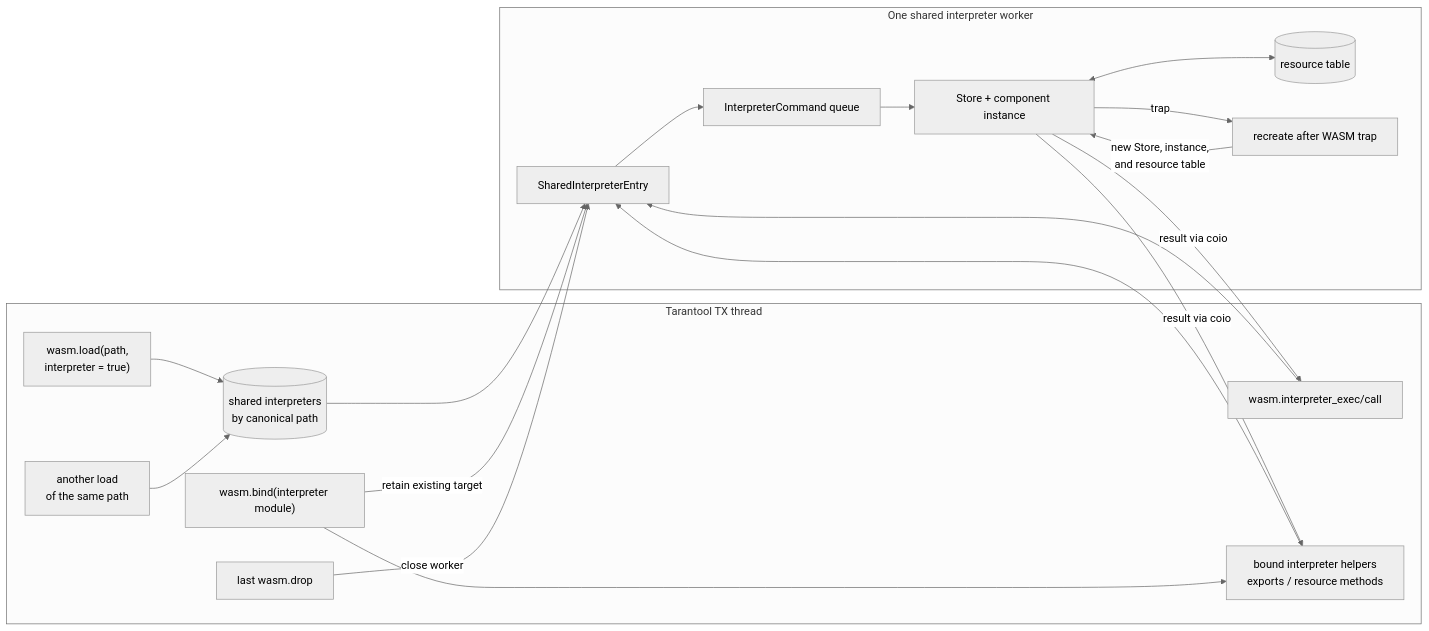
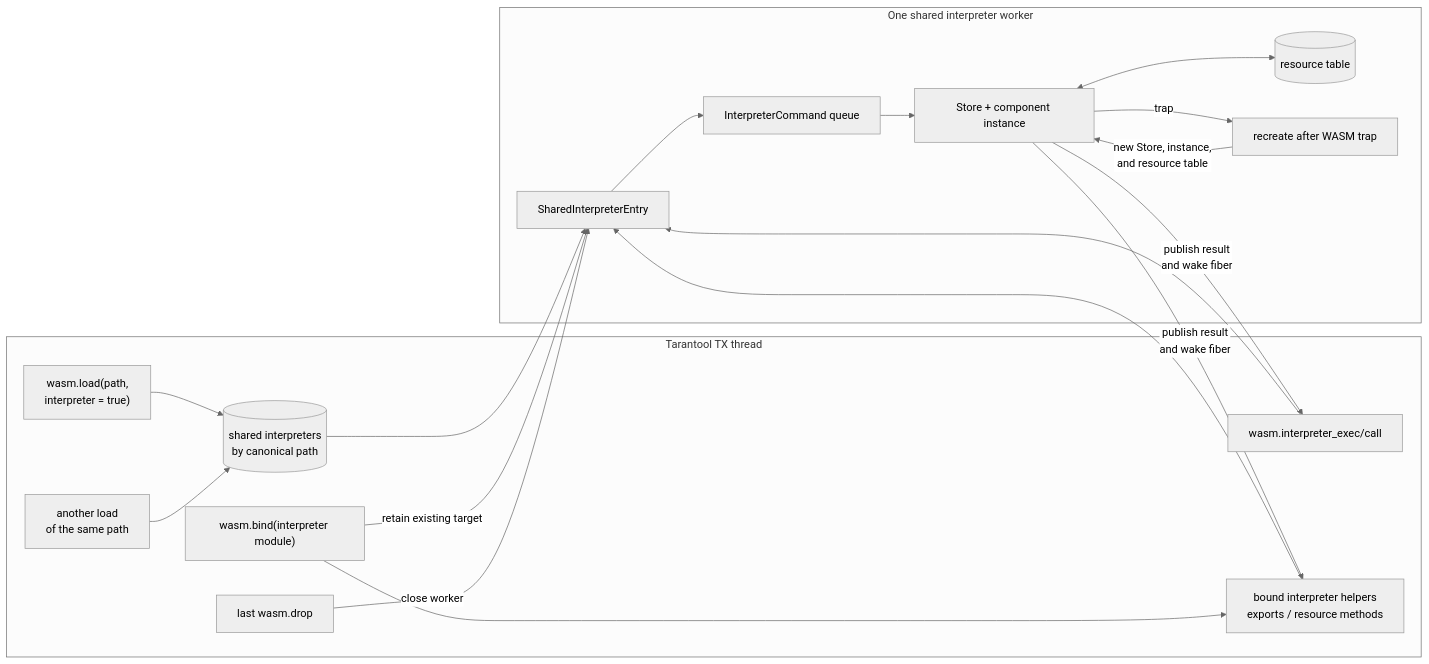
One commit to tarantool/tarantool-wasm-rs changed the second of 5 diagrams in docs/wasm_component.md. Above: the diagram before and after it, drawn with Mermaid (neutral theme). The commit also changed other lines of this file and 12 other files, not shown here.

````diff
--- a/docs/wasm_component.md
+++ b/docs/wasm_component.md
@@ -199,36 +210,36 @@
 ```mermaid
 flowchart LR
     subgraph TX["Tarantool TX thread"]
         LoadA["wasm.load(path,<br/>interpreter = true)"]
         LoadB["another load<br/>of the same path"]
         Exec["wasm.interpreter_exec/call"]
         Bind["wasm.bind(interpreter module)"]
         Bound["bound interpreter helpers<br/>exports / resource methods"]
         Registry[("shared interpreters<br/>by canonical path")]
         Drop["last wasm.drop"]
     end
 
     subgraph Worker["One shared interpreter worker"]
         Entry["SharedInterpreterEntry"]
         Queue["InterpreterCommand queue"]
         Instance["Store + component instance"]
         Resources[("resource table")]
         Recreate["recreate after WASM trap"]
     end
 
     LoadA --> Registry
     LoadB --> Registry
     Registry --> Entry
     Exec --> Entry
     Bind -->|"retain existing target"| Entry
     Bind --> Bound
     Bound --> Entry
     Entry --> Queue
     Queue --> Instance
     Instance <--> Resources
-    Instance -->|"result via coio"| Exec
-    Instance -->|"result via coio"| Bound
+    Instance -->|"publish result<br/>and wake fiber"| Exec
+    Instance -->|"publish result<br/>and wake fiber"| Bound
     Instance -->|"trap"| Recreate
     Recreate -->|"new Store, instance,<br/>and resource table"| Instance
     Drop -->|"close worker"| Entry
 ```
````
